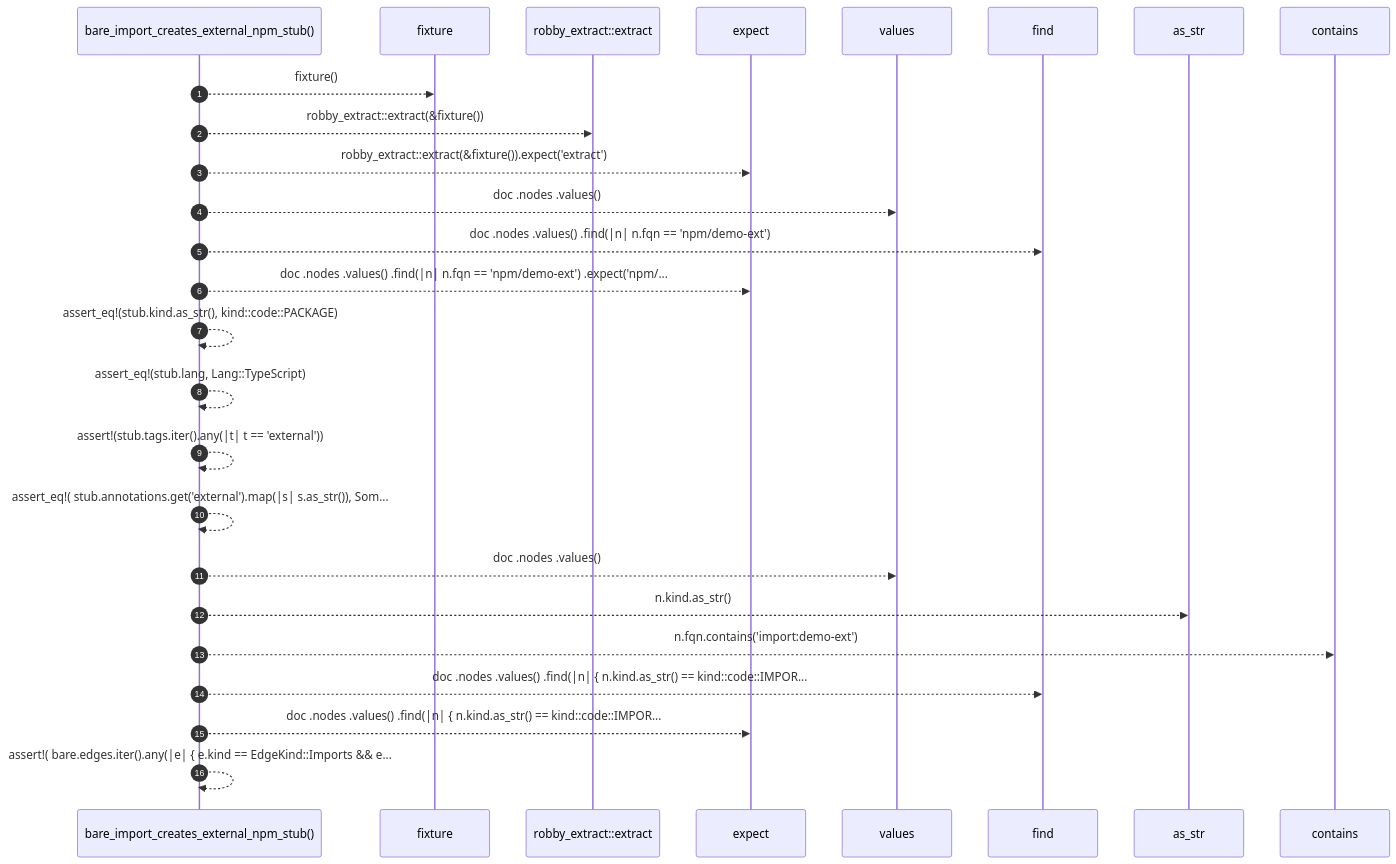
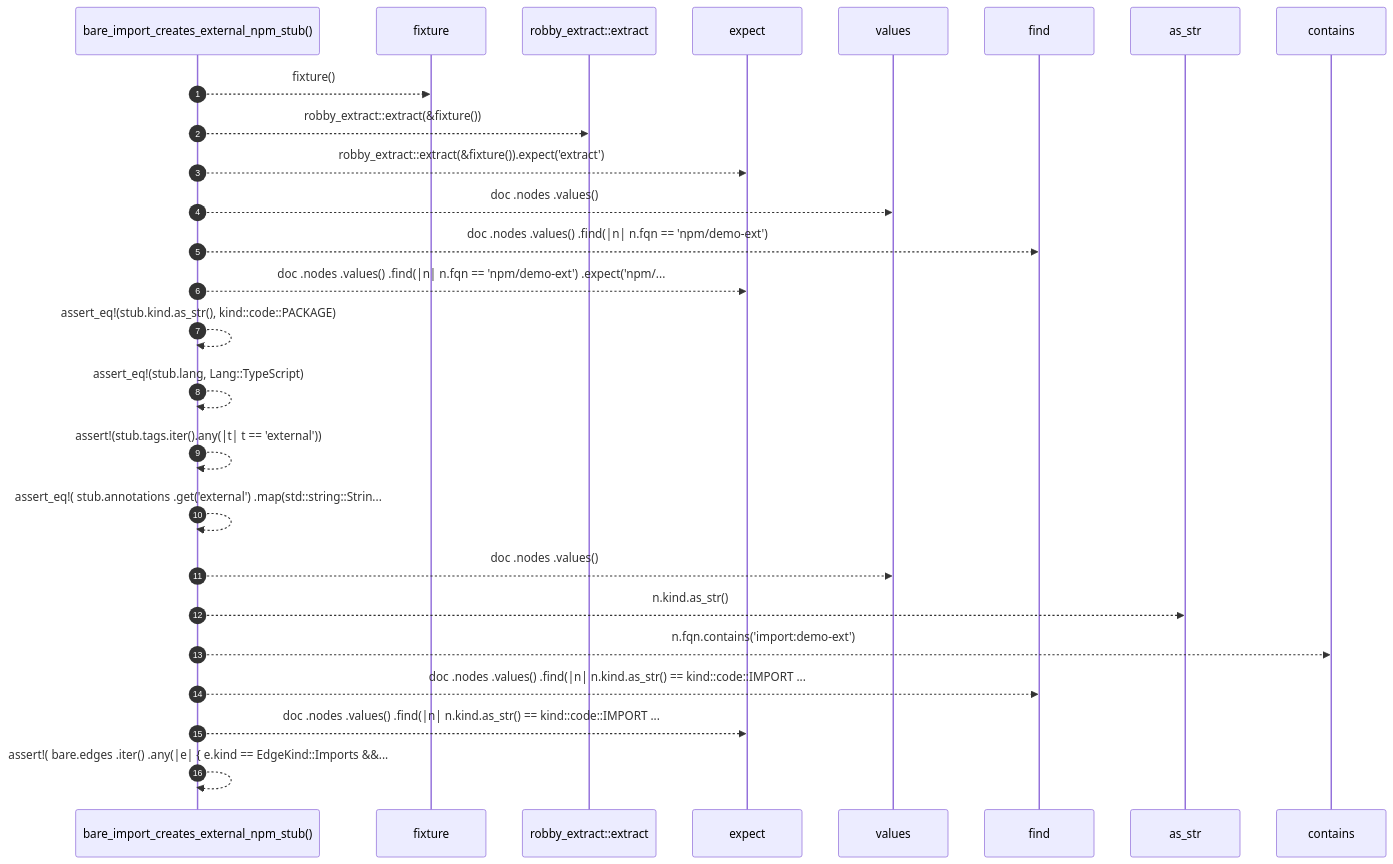
Before and after one commit to RyanGuild/self-describing-code: the diagram in docs/self-model/robby_extract/test_typescript/bare-import-creates-external-npm-stub.md, drawn with Mermaid. The commit also changed other lines of this file and 747 other files, not shown here.

````diff
--- a/docs/self-model/robby_extract/test_typescript/bare-import-creates-external-npm-stub.md
+++ b/docs/self-model/robby_extract/test_typescript/bare-import-creates-external-npm-stub.md
@@ -47,28 +47,28 @@
 ```mermaid
 sequenceDiagram
     autonumber
     participant bare_import_creates_external_npm_stub as bare_import_creates_external_npm_stub()
     participant fixture as fixture
     participant robby_extract__extract as robby_extract::extract
     participant expect as expect
     participant values as values
     participant find as find
     participant as_str as as_str
     participant contains as contains
     bare_import_creates_external_npm_stub-->>fixture: fixture()
     bare_import_creates_external_npm_stub-->>robby_extract__extract: robby_extract::extract(&fixture())
     bare_import_creates_external_npm_stub-->>expect: robby_extract::extract(&fixture()).expect('extract')
     bare_import_creates_external_npm_stub-->>values: doc .nodes .values()
     bare_import_creates_external_npm_stub-->>find: doc .nodes .values() .find(|n| n.fqn == 'npm/demo-ext')
     bare_import_creates_external_npm_stub-->>expect: doc .nodes .values() .find(|n| n.fqn == 'npm/demo-ext') .expect('npm/...
     bare_import_creates_external_npm_stub-->>bare_import_creates_external_npm_stub: assert_eq!(stub.kind.as_str(), kind::code::PACKAGE)
     bare_import_creates_external_npm_stub-->>bare_import_creates_external_npm_stub: assert_eq!(stub.lang, Lang::TypeScript)
     bare_import_creates_external_npm_stub-->>bare_import_creates_external_npm_stub: assert!(stub.tags.iter().any(|t| t == 'external'))
-    bare_import_creates_external_npm_stub-->>bare_import_creates_external_npm_stub: assert_eq!( stub.annotations.get('external').map(|s| s.as_str()), Som...
+    bare_import_creates_external_npm_stub-->>bare_import_creates_external_npm_stub: assert_eq!( stub.annotations .get('external') .map(std::string::Strin...
     bare_import_creates_external_npm_stub-->>values: doc .nodes .values()
     bare_import_creates_external_npm_stub-->>as_str: n.kind.as_str()
     bare_import_creates_external_npm_stub-->>contains: n.fqn.contains('import:demo-ext')
-    bare_import_creates_external_npm_stub-->>find: doc .nodes .values() .find(|n| { n.kind.as_str() == kind::code::IMPOR...
-    bare_import_creates_external_npm_stub-->>expect: doc .nodes .values() .find(|n| { n.kind.as_str() == kind::code::IMPOR...
-    bare_import_creates_external_npm_stub-->>bare_import_creates_external_npm_stub: assert!( bare.edges.iter().any(|e| { e.kind == EdgeKind::Imports && e...
+    bare_import_creates_external_npm_stub-->>find: doc .nodes .values() .find(|n| n.kind.as_str() == kind::code::IMPORT ...
+    bare_import_creates_external_npm_stub-->>expect: doc .nodes .values() .find(|n| n.kind.as_str() == kind::code::IMPORT ...
+    bare_import_creates_external_npm_stub-->>bare_import_creates_external_npm_stub: assert!( bare.edges .iter() .any(|e| { e.kind == EdgeKind::Imports &&...
 ```
````
